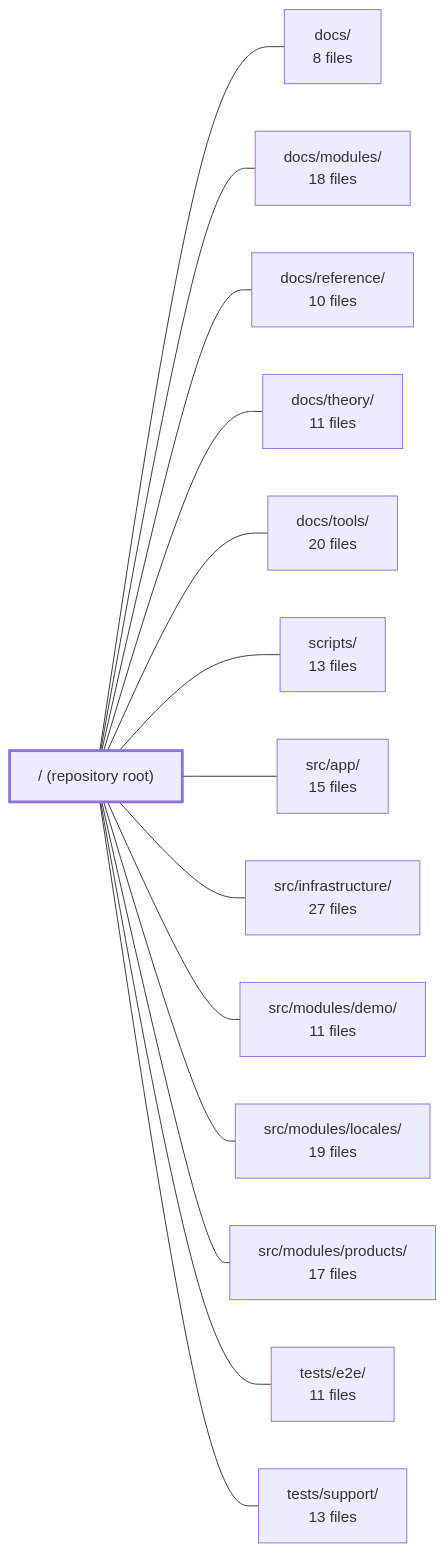
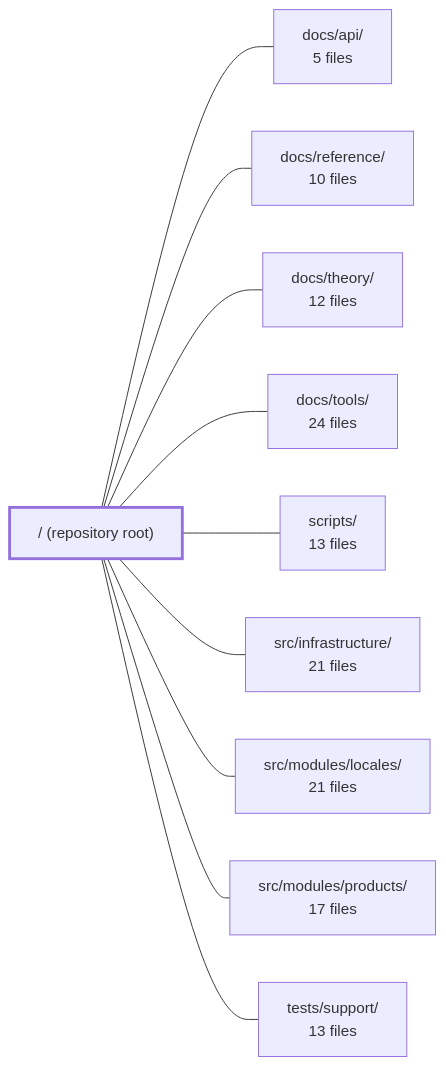
The diagram in .2repo/modules/boilerplate-vue-frontend_ROOT.md (Guebbit/boilerplate-vue-frontend), drawn with Mermaid before and after one commit. The commit also changed other lines of this file and 335 other files, not shown here.

````diff
--- a/.2repo/modules/boilerplate-vue-frontend_ROOT.md
+++ b/.2repo/modules/boilerplate-vue-frontend_ROOT.md
@@ -41,31 +41,23 @@
 ```mermaid
 flowchart LR
     m_root["/ (repository root)"]
-    m_docs["docs/<br/>8 files"]
-    m_docs_modules["docs/modules/<br/>18 files"]
+    m_docs_api["docs/api/<br/>5 files"]
     m_docs_reference["docs/reference/<br/>10 files"]
-    m_docs_theory["docs/theory/<br/>11 files"]
-    m_docs_tools["docs/tools/<br/>20 files"]
+    m_docs_theory["docs/theory/<br/>12 files"]
+    m_docs_tools["docs/tools/<br/>24 files"]
     m_scripts["scripts/<br/>13 files"]
-    m_src_app["src/app/<br/>15 files"]
-    m_src_infrastructure["src/infrastructure/<br/>27 files"]
-    m_src_modules_demo["src/modules/demo/<br/>11 files"]
-    m_src_modules_locales["src/modules/locales/<br/>19 files"]
+    m_src_infrastructure["src/infrastructure/<br/>21 files"]
+    m_src_modules_locales["src/modules/locales/<br/>21 files"]
     m_src_modules_products["src/modules/products/<br/>17 files"]
-    m_tests_e2e["tests/e2e/<br/>11 files"]
     m_tests_support["tests/support/<br/>13 files"]
-    m_root --- m_docs
-    m_root --- m_docs_modules
+    m_root --- m_docs_api
     m_root --- m_docs_reference
     m_root --- m_docs_theory
     m_root --- m_docs_tools
     m_root --- m_scripts
-    m_root --- m_src_app
     m_root --- m_src_infrastructure
-    m_root --- m_src_modules_demo
     m_root --- m_src_modules_locales
     m_root --- m_src_modules_products
-    m_root --- m_tests_e2e
     m_root --- m_tests_support
     style m_root stroke-width:3px
 ```
````
